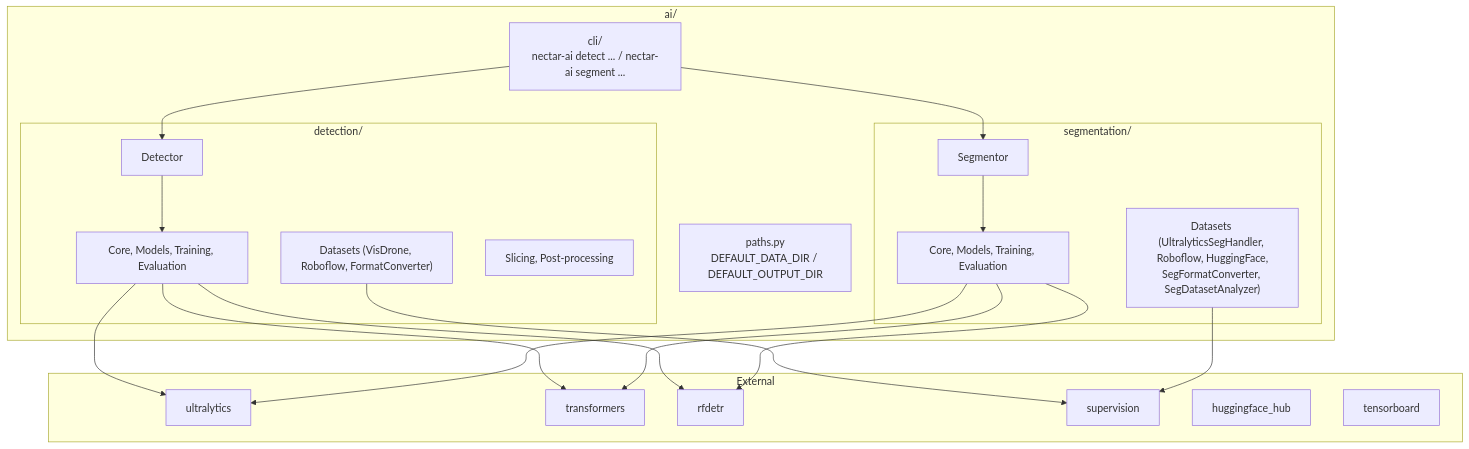
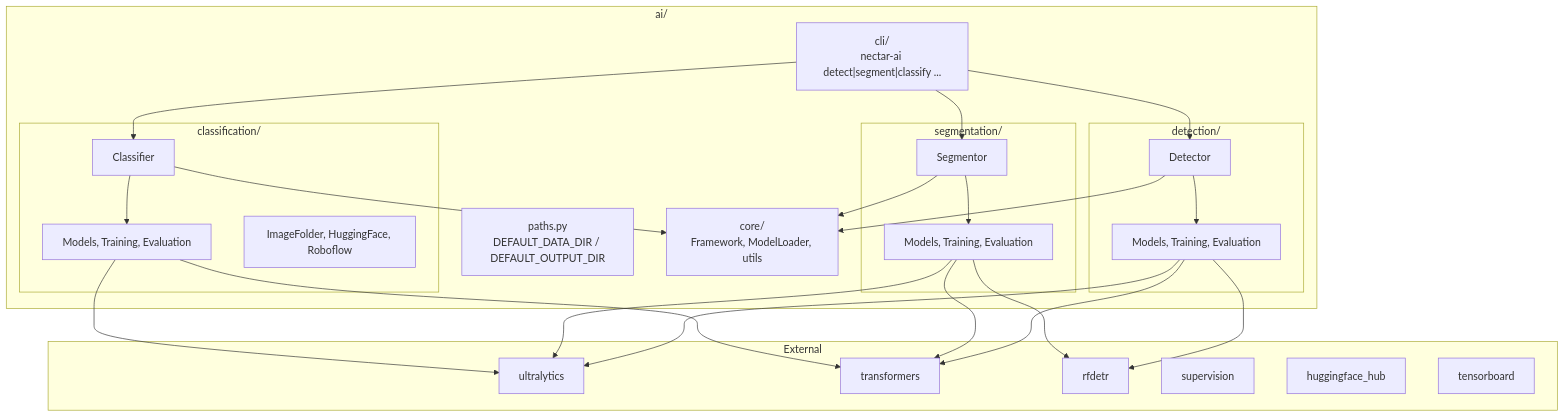
The diagram in nectar/nectar/ai/README.md (Black-Bee-Drones/nectar-sdk), drawn with Mermaid before and after one commit. The commit also changed other lines of this file and 85 other files, not shown here.

Commit message:
feat: add image classification module with unified classifier and CLI support;  documentation and examples

````diff
--- a/nectar/nectar/ai/README.md
+++ b/nectar/nectar/ai/README.md
@@ -19,45 +29,53 @@
 ```mermaid
 flowchart TB
     subgraph AI["ai/"]
         Paths["paths.py<br/>DEFAULT_DATA_DIR / DEFAULT_OUTPUT_DIR"]
-        CLI["cli/<br/>nectar-ai detect ... / nectar-ai segment ..."]
+        CLI["cli/<br/>nectar-ai detect|segment|classify ..."]
+        SharedCore["core/<br/>Framework, ModelLoader, utils"]
 
         subgraph Detection["detection/"]
             Detector["Detector"]
-            DetCore["Core, Models, Training, Evaluation"]
-            DetDatasets["Datasets (VisDrone, Roboflow, FormatConverter)"]
-            DetSlicing["Slicing, Post-processing"]
+            DetCore["Models, Training, Evaluation"]
         end
 
         subgraph Segmentation["segmentation/"]
             Segmentor["Segmentor"]
-            SegCore["Core, Models, Training, Evaluation"]
-            SegDatasets["Datasets (UltralyticsSegHandler, Roboflow, HuggingFace,<br/>SegFormatConverter, SegDatasetAnalyzer)"]
+            SegCore["Models, Training, Evaluation"]
+        end
+
+        subgraph Classification["classification/"]
+            Classifier["Classifier"]
+            ClsCore["Models, Training, Evaluation"]
+            ClsDatasets["ImageFolder, HuggingFace, Roboflow"]
         end
     end
 
     subgraph External["External"]
         ultralytics
         transformers
         rfdetr
         supervision
         huggingface_hub
         tensorboard
     end
 
     CLI --> Detector
     CLI --> Segmentor
+    CLI --> Classifier
 
     Detector --> DetCore
     Segmentor --> SegCore
+    Classifier --> ClsCore
+    Detector --> SharedCore
+    Segmentor --> SharedCore
+    Classifier --> SharedCore
 
     DetCore --> ultralytics
     DetCore --> transformers
     DetCore --> rfdetr
     SegCore --> ultralytics
     SegCore --> transformers
     SegCore --> rfdetr
-
-    DetDatasets --> supervision
-    SegDatasets --> supervision
+    ClsCore --> ultralytics
+    ClsCore --> transformers
 ```
````
